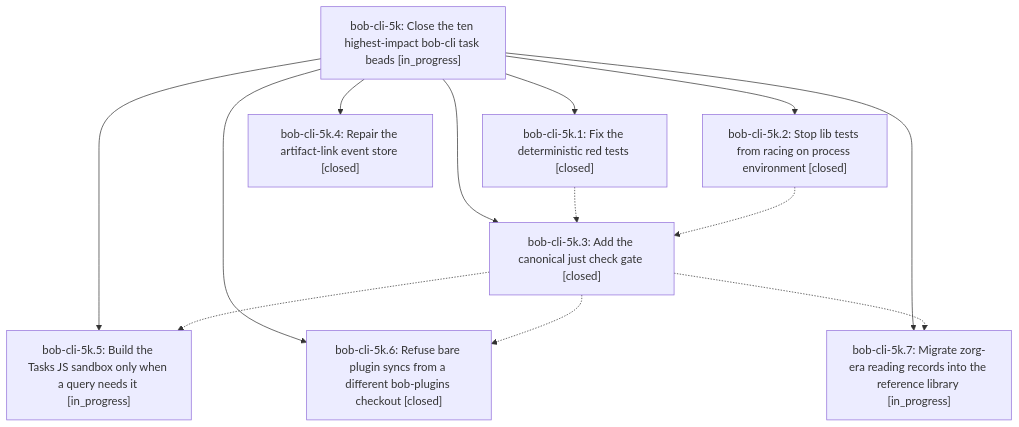
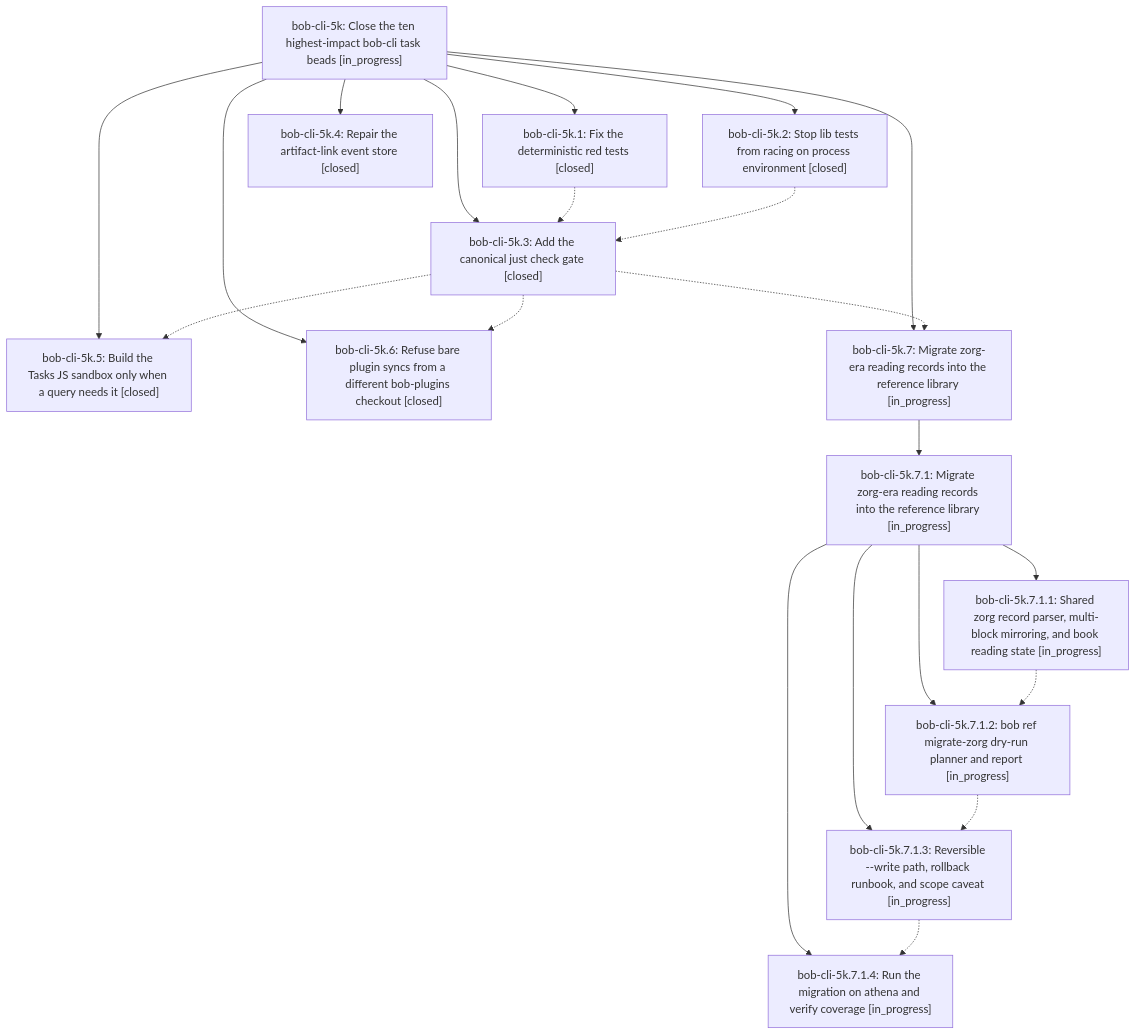
The diagram in pages/bob-cli-5k/README.md (bobs-org/bob-cli--beads), drawn with Mermaid before and after one commit. The commit also changed other lines of this file and 8 other files, not shown here.

First line of the commit message:
chore(beads): sync bead state and pages for bob-cli-5k

````diff
--- a/pages/bob-cli-5k/README.md
+++ b/pages/bob-cli-5k/README.md
@@ -40,23 +44,36 @@
 ```mermaid
 flowchart TD
     n0["bob-cli-5k: Close the ten highest-impact bob-cli task beads [in_progress]"]
     n1["bob-cli-5k.1: Fix the deterministic red tests [closed]"]
     n2["bob-cli-5k.2: Stop lib tests from racing on process environment [closed]"]
     n3["bob-cli-5k.3: Add the canonical just check gate [closed]"]
     n4["bob-cli-5k.4: Repair the artifact-link event store [closed]"]
-    n5["bob-cli-5k.5: Build the Tasks JS sandbox only when a query needs it [in_progress]"]
+    n5["bob-cli-5k.5: Build the Tasks JS sandbox only when a query needs it [closed]"]
     n6["bob-cli-5k.6: Refuse bare plugin syncs from a different bob-plugins checkout [closed]"]
     n7["bob-cli-5k.7: Migrate zorg-era reading records into the reference library [in_progress]"]
+    n8["bob-cli-5k.7.1: Migrate zorg-era reading records into the reference library [in_progress]"]
+    n9["bob-cli-5k.7.1.1: Shared zorg record parser, multi-block mirroring, and book reading state [in_progress]"]
+    n10["bob-cli-5k.7.1.2: bob ref migrate-zorg dry-run planner and report [in_progress]"]
+    n11["bob-cli-5k.7.1.3: Reversible --write path, rollback runbook, and scope caveat [in_progress]"]
+    n12["bob-cli-5k.7.1.4: Run the migration on athena and verify coverage [in_progress]"]
     n0 --> n1
     n0 --> n2
     n0 --> n3
     n0 --> n4
     n0 --> n5
     n0 --> n6
     n0 --> n7
+    n7 --> n8
+    n8 --> n9
+    n8 --> n10
+    n8 --> n11
+    n8 --> n12
     n1 -.-> n3
     n2 -.-> n3
     n3 -.-> n5
     n3 -.-> n6
     n3 -.-> n7
+    n9 -.-> n10
+    n10 -.-> n11
+    n11 -.-> n12
 ```
````
